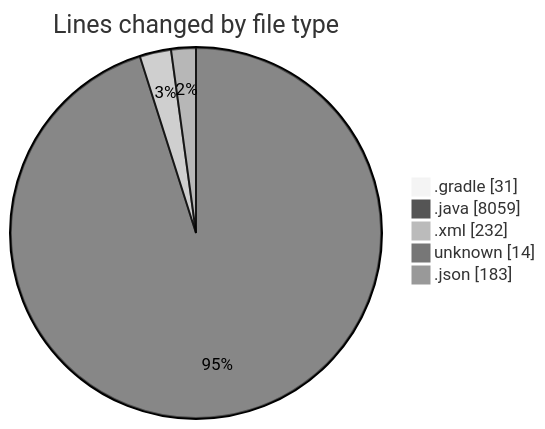
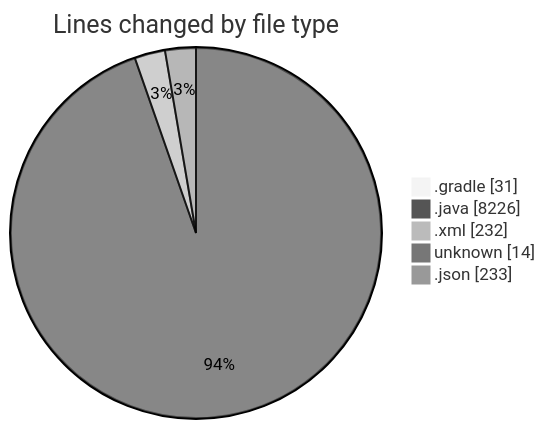
The first of 2 diagrams in 2025-02-21/micros/README.md (charlie-sans/code-tracking), drawn with Mermaid (neutral theme) before and after one commit. The commit also changed other lines of this file and 1 other file, not shown here.

````diff
--- a/2025-02-21/micros/README.md
+++ b/2025-02-21/micros/README.md
@@ -62,9 +64,9 @@
 ```mermaid
 pie showData
 title Lines changed by file type
 ".gradle" : 31
-".java" : 8059
+".java" : 8226
 ".xml" : 232
 "unknown" : 14
-".json" : 183
+".json" : 233
 ```
````
